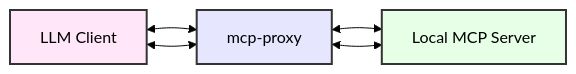
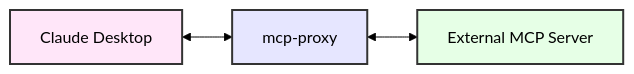
The first of 2 diagrams in README.md (sparfenyuk/mcp-proxy), drawn with Mermaid (forest theme) before and after one commit. The commit also changed other lines of this file, not shown here.

Commit message:
Split into separate graphs

````diff
--- a/README.md
+++ b/README.md
@@ -15,12 +17,9 @@
 ```mermaid
 graph LR
     A["Claude Desktop"] <--> B["mcp-proxy"]
     B <--> C["External MCP Server"]
 
-    A["LLM Client"] <--> B["mcp-proxy"]
-    B <--> C["Local MCP Server"]
-
     style A fill:#ffe6f9,stroke:#333,color:black,stroke-width:2px
     style B fill:#e6e6ff,stroke:#333,color:black,stroke-width:2px
     style C fill:#e6ffe6,stroke:#333,color:black,stroke-width:2px
 ```
````
